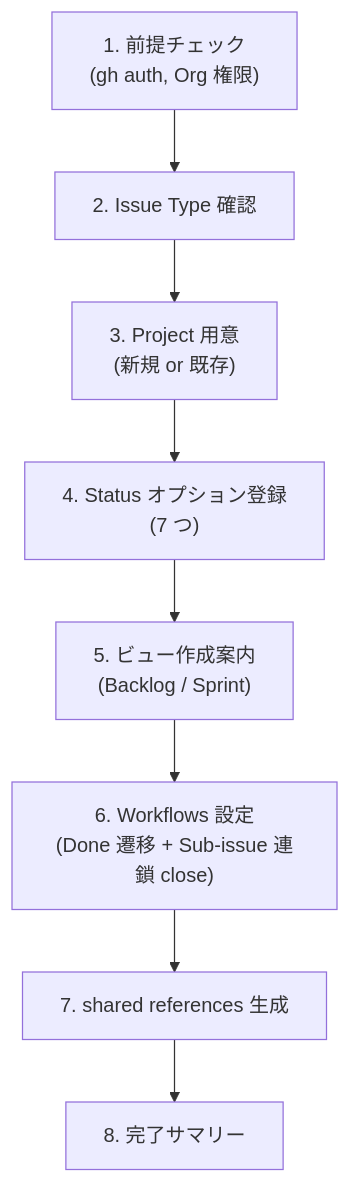
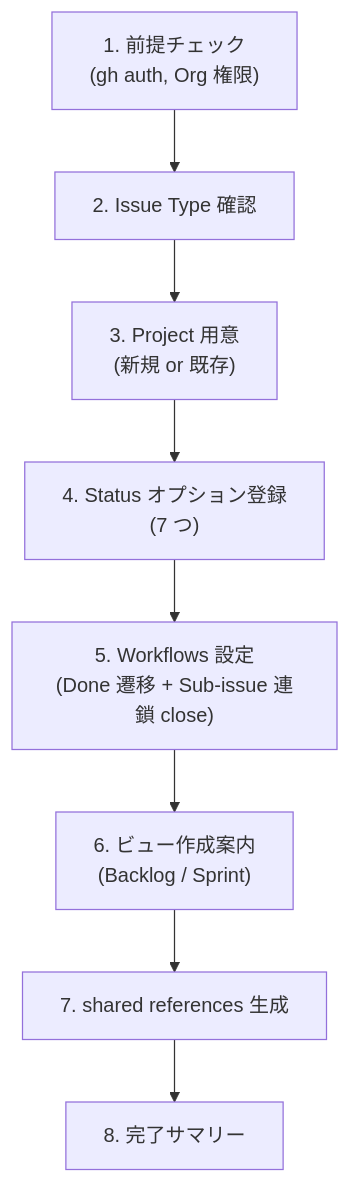
Before and after one commit to mrtry-lab/skills: the diagram in skills/agile-project-setup/SKILL.md, drawn with Mermaid. The commit also changed other lines of this file, not shown here.

First line of the commit message:
docs(project-setup): swap Step 5 and Step 6 (Workflows before Views)

````diff
--- a/skills/agile-project-setup/SKILL.md
+++ b/skills/agile-project-setup/SKILL.md
@@ -30,13 +30,13 @@
 ```mermaid
 flowchart TB
   pre["1. 前提チェック\n(gh auth, Org 権限)"]
   it["2. Issue Type 確認"]
   proj["3. Project 用意\n(新規 or 既存)"]
   status["4. Status オプション登録\n(7 つ)"]
-  views["5. ビュー作成案内\n(Backlog / Sprint)"]
-  done["6. Workflows 設定\n(Done 遷移 + Sub-issue 連鎖 close)"]
+  done["5. Workflows 設定\n(Done 遷移 + Sub-issue 連鎖 close)"]
+  views["6. ビュー作成案内\n(Backlog / Sprint)"]
   refs["7. shared references 生成"]
   summary["8. 完了サマリー"]
 
-  pre --> it --> proj --> status --> views --> done --> refs --> summary
+  pre --> it --> proj --> status --> done --> views --> refs --> summary
 ```
````
